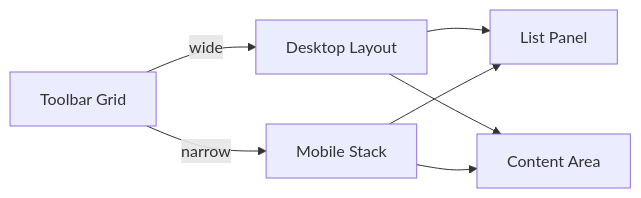
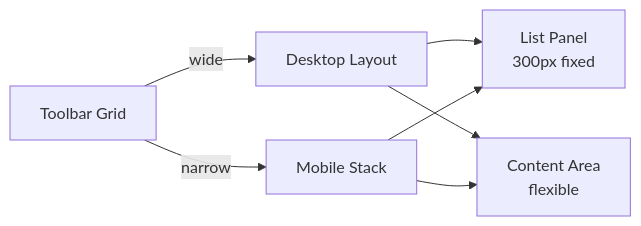
Before and after one commit to treasureGrove/TAWEBTOOL: the sixth of 7 diagrams in .qoder/repowiki/en/content/Knowledge Base System/TA Wiki Frontend.md, drawn with Mermaid. The commit also changed other lines of this file and 101 other files, not shown here.

````diff
--- a/.qoder/repowiki/en/content/Knowledge Base System/TA Wiki Frontend.md
+++ b/.qoder/repowiki/en/content/Knowledge Base System/TA Wiki Frontend.md
@@ -248,9 +238,9 @@
 ```mermaid
 graph LR
 Toolbar["Toolbar Grid"] --> |wide| Desktop["Desktop Layout"]
 Toolbar --> |narrow| Mobile["Mobile Stack"]
-Desktop --> List["List Panel"]
-Desktop --> Content["Content Area"]
+Desktop --> List["List Panel<br/>300px fixed"]
+Desktop --> Content["Content Area<br/>flexible"]
 Mobile --> List
 Mobile --> Content
 ```
````
